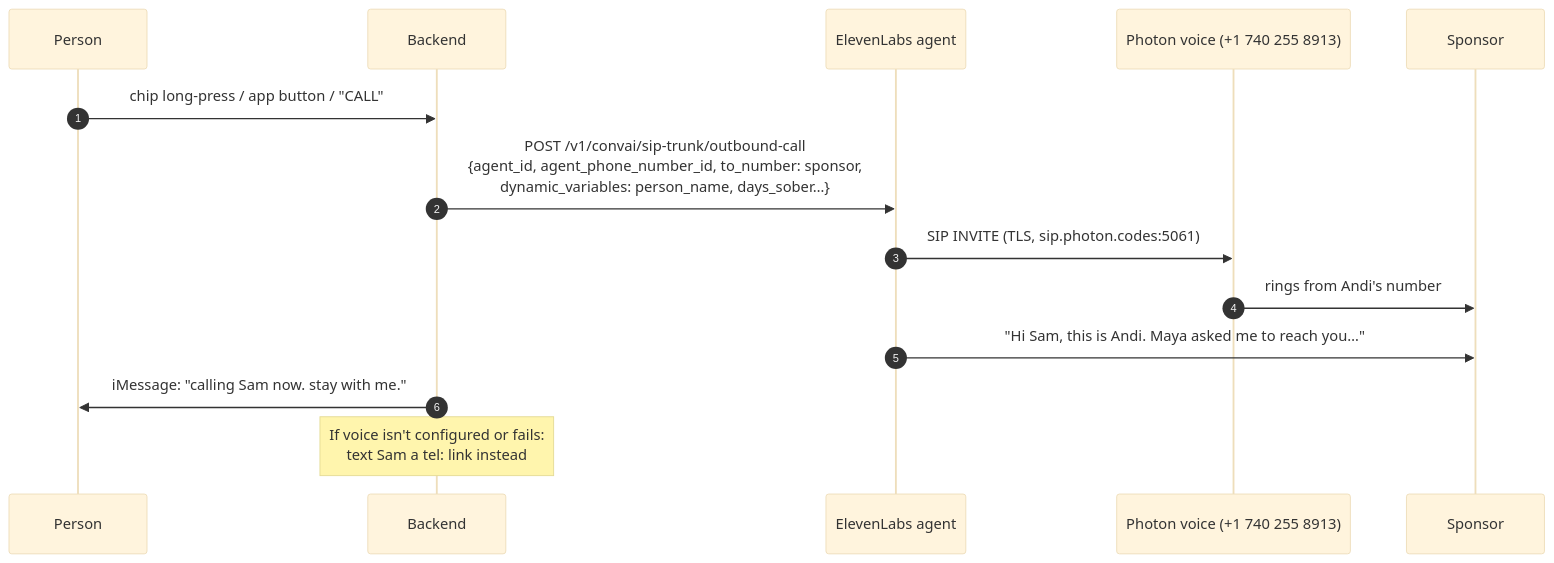
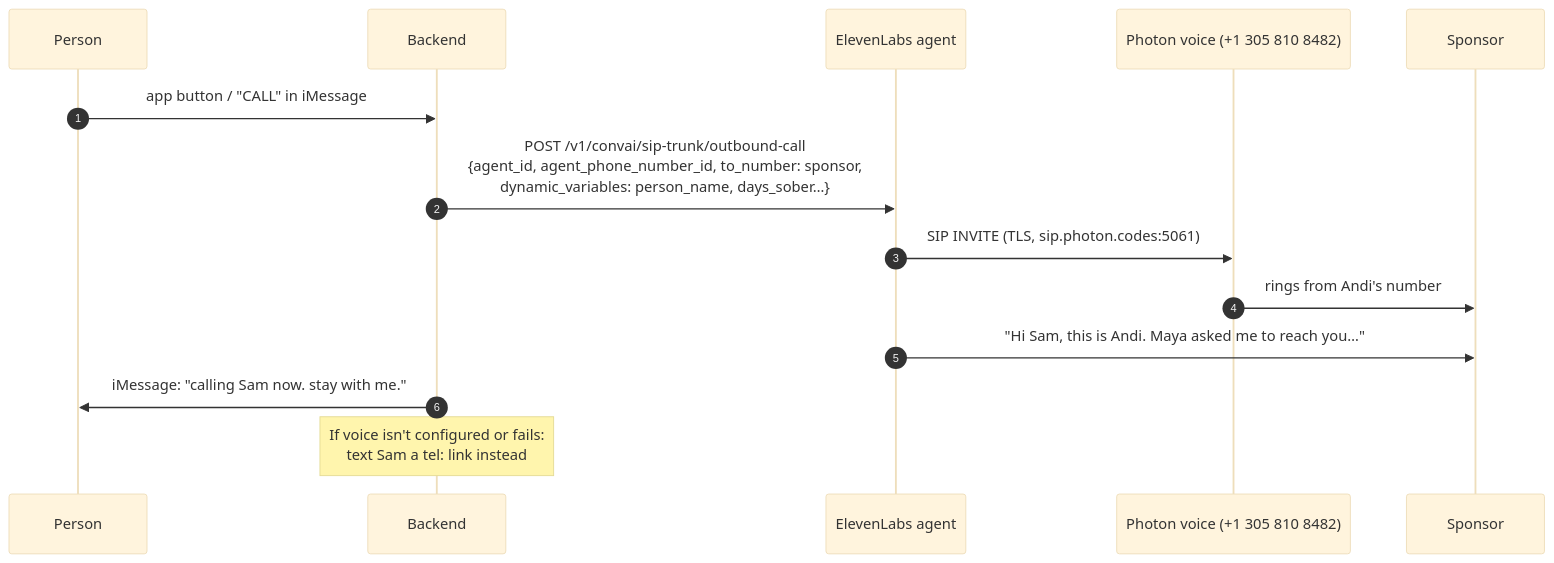
The fifth of 12 diagrams in docs/ARCHITECTURE.md (kushmirchandani/andi), drawn with Mermaid (base theme) before and after one commit. The commit also changed other lines of this file and 113 other files, not shown here.

````diff
--- a/docs/ARCHITECTURE.md
+++ b/docs/ARCHITECTURE.md
@@ -205,16 +230,16 @@
 ```mermaid
 sequenceDiagram
   autonumber
   participant P as Person
   participant B as Backend
   participant EL as ElevenLabs agent
-  participant Ph as Photon voice (+1 740 255 8913)
+  participant Ph as Photon voice (+1 305 810 8482)
   participant S as Sponsor
-  P->>B: chip long-press / app button / "CALL"
+  P->>B: app button / "CALL" in iMessage
   B->>EL: POST /v1/convai/sip-trunk/outbound-call<br/>{agent_id, agent_phone_number_id, to_number: sponsor,<br/>dynamic_variables: person_name, days_sober…}
   EL->>Ph: SIP INVITE (TLS, sip.photon.codes:5061)
   Ph->>S: rings from Andi's number
   EL->>S: "Hi Sam, this is Andi. Maya asked me to reach you…"
   B->>P: iMessage: "calling Sam now. stay with me."
   Note over B: If voice isn't configured or fails:<br/>text Sam a tel: link instead
 ```
````
